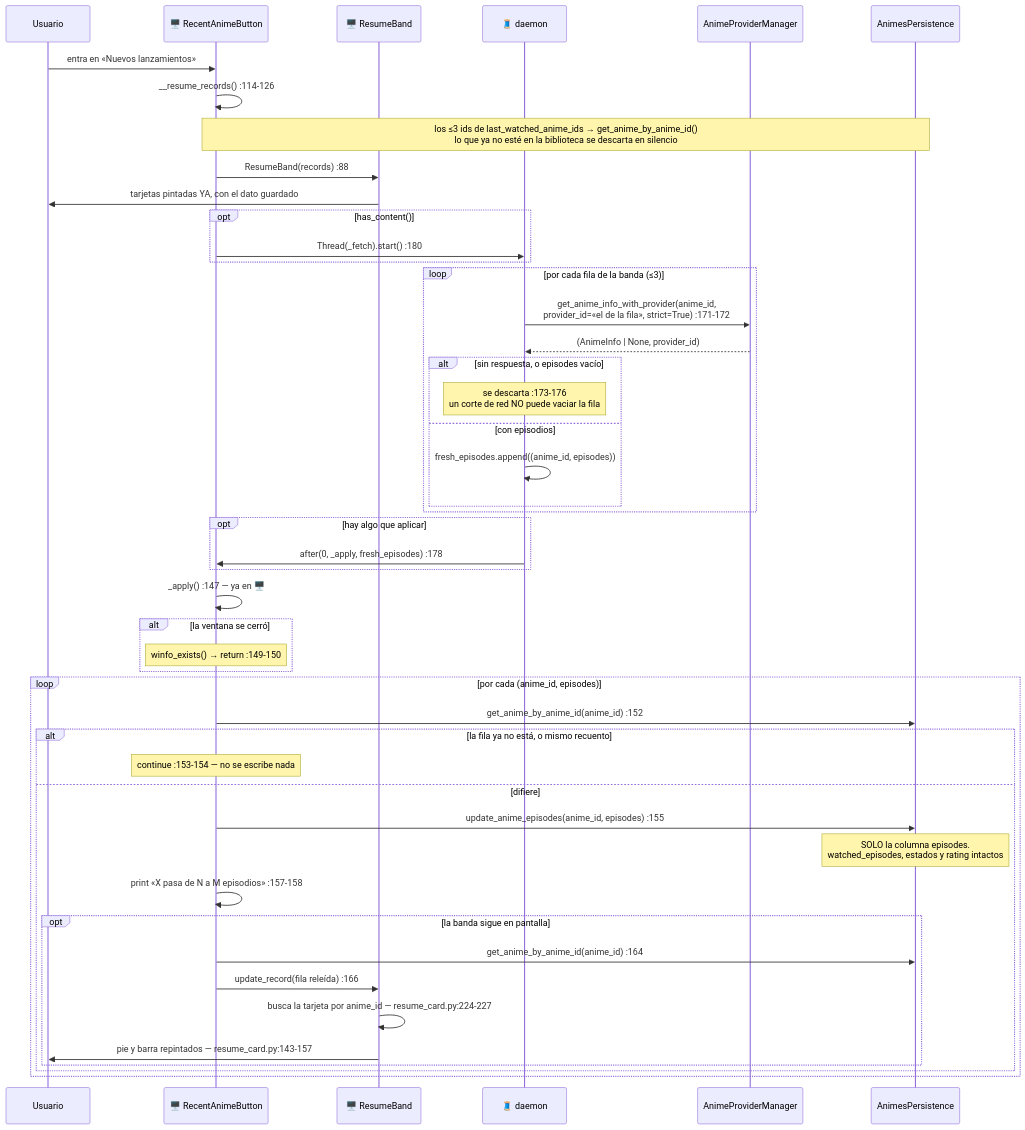
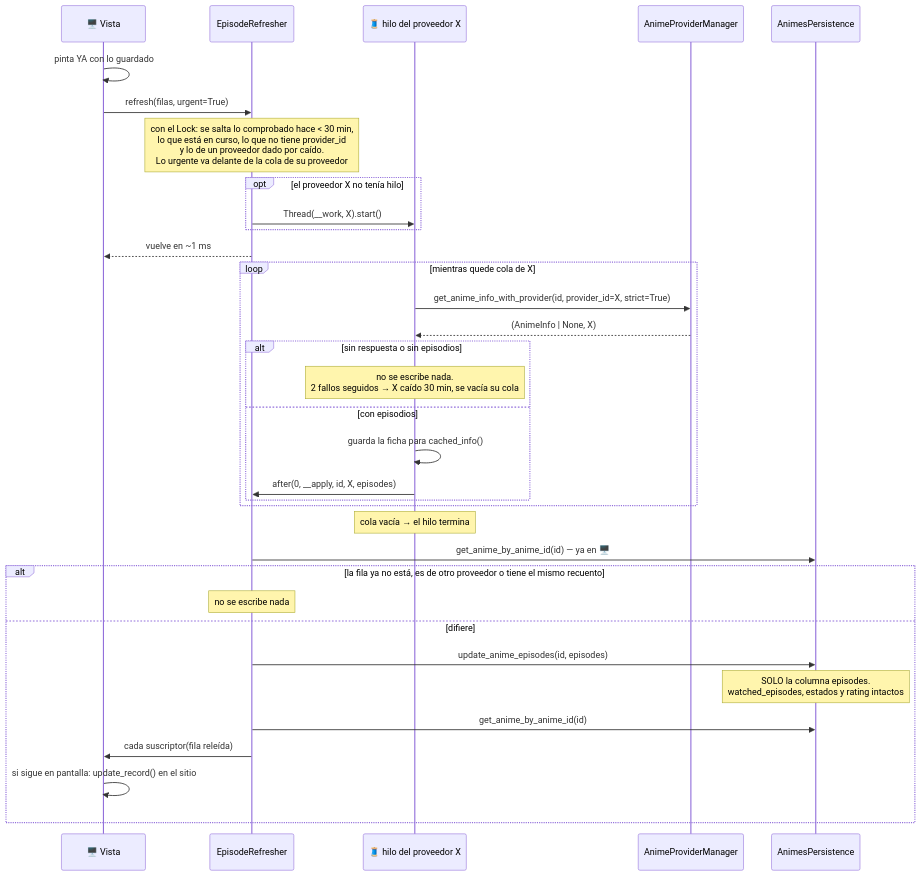
One commit to DavidEscri/BibliotecaAnime changed diagram 13 of 16 in .claude/docs/03-flujos-de-ejecucion.md. Above: the diagram before and after it, drawn with Mermaid. The commit also changed other lines of this file and 9 other files, not shown here.

````diff
--- a/.claude/docs/03-flujos-de-ejecucion.md
+++ b/.claude/docs/03-flujos-de-ejecucion.md
@@ -646,52 +655,39 @@
 ```mermaid
 sequenceDiagram
-    participant U as Usuario
-    participant RA as 🖥️ RecentAnimeButton
-    participant B as 🖥️ ResumeBand
-    participant T as 🧵 daemon
+    participant V as 🖥️ Vista
+    participant R as EpisodeRefresher
+    participant T as 🧵 hilo del proveedor X
     participant MGR as AnimeProviderManager
     participant P as AnimesPersistence
 
-    U->>RA: entra en «Nuevos lanzamientos»
-    RA->>RA: __resume_records() :114-126
-    Note over RA,P: los ≤3 ids de last_watched_anime_ids → get_anime_by_anime_id()<br/>lo que ya no esté en la biblioteca se descarta en silencio
-    RA->>B: ResumeBand(records) :88
-    B->>U: tarjetas pintadas YA, con el dato guardado
-    opt has_content()
-        RA->>T: Thread(_fetch).start() :180
+    V->>V: pinta YA con lo guardado
+    V->>R: refresh(filas, urgent=True)
+    Note over R: con el Lock: se salta lo comprobado hace < 30 min,<br/>lo que está en curso, lo que no tiene provider_id<br/>y lo de un proveedor dado por caído.<br/>Lo urgente va delante de la cola de su proveedor
+    opt el proveedor X no tenía hilo
+        R->>T: Thread(__work, X).start()
     end
+    R-->>V: vuelve en ~1 ms
 
-    loop por cada fila de la banda (≤3)
-        T->>MGR: get_anime_info_with_provider(anime_id,<br/>provider_id=«el de la fila», strict=True) :171-172
-        MGR-->>T: (AnimeInfo | None, provider_id)
-        alt sin respuesta, o episodes vacío
-            Note over T: se descarta :173-176<br/>un corte de red NO puede vaciar la fila
+    loop mientras quede cola de X
+        T->>MGR: get_anime_info_with_provider(id, provider_id=X, strict=True)
+        MGR-->>T: (AnimeInfo | None, X)
+        alt sin respuesta o sin episodios
+            Note over T: no se escribe nada.<br/>2 fallos seguidos → X caído 30 min, se vacía su cola
         else con episodios
-            T->>T: fresh_episodes.append((anime_id, episodes))
+            T->>T: guarda la ficha para cached_info()
+            T->>R: after(0, __apply, id, X, episodes)
         end
     end
-    opt hay algo que aplicar
-        T->>RA: after(0, _apply, fresh_episodes) :178
-    end
+    Note over T: cola vacía → el hilo termina
 
-    RA->>RA: _apply() :147 — ya en 🖥️
-    alt la ventana se cerró
-        Note over RA: winfo_exists() → return :149-150
-    end
-    loop por cada (anime_id, episodes)
-        RA->>P: get_anime_by_anime_id(anime_id) :152
-        alt la fila ya no está, o mismo recuento
-            Note over RA: continue :153-154 — no se escribe nada
-        else difiere
-            RA->>P: update_anime_episodes(anime_id, episodes) :155
-            Note over P: SOLO la columna episodes.<br/>watched_episodes, estados y rating intactos
-            RA->>RA: print «X pasa de N a M episodios» :157-158
-            opt la banda sigue en pantalla
-                RA->>P: get_anime_by_anime_id(anime_id) :164
-                RA->>B: update_record(fila releída) :166
-                B->>B: busca la tarjeta por anime_id — resume_card.py:224-227
-                B->>U: pie y barra repintados — resume_card.py:143-157
-            end
-        end
+    R->>P: get_anime_by_anime_id(id) — ya en 🖥️
+    alt la fila ya no está, es de otro proveedor o tiene el mismo recuento
+        Note over R: no se escribe nada
+    else difiere
+        R->>P: update_anime_episodes(id, episodes)
+        Note over P: SOLO la columna episodes.<br/>watched_episodes, estados y rating intactos
+        R->>P: get_anime_by_anime_id(id)
+        R->>V: cada suscriptor(fila releída)
+        V->>V: si sigue en pantalla: update_record() en el sitio
     end
 ```
````
